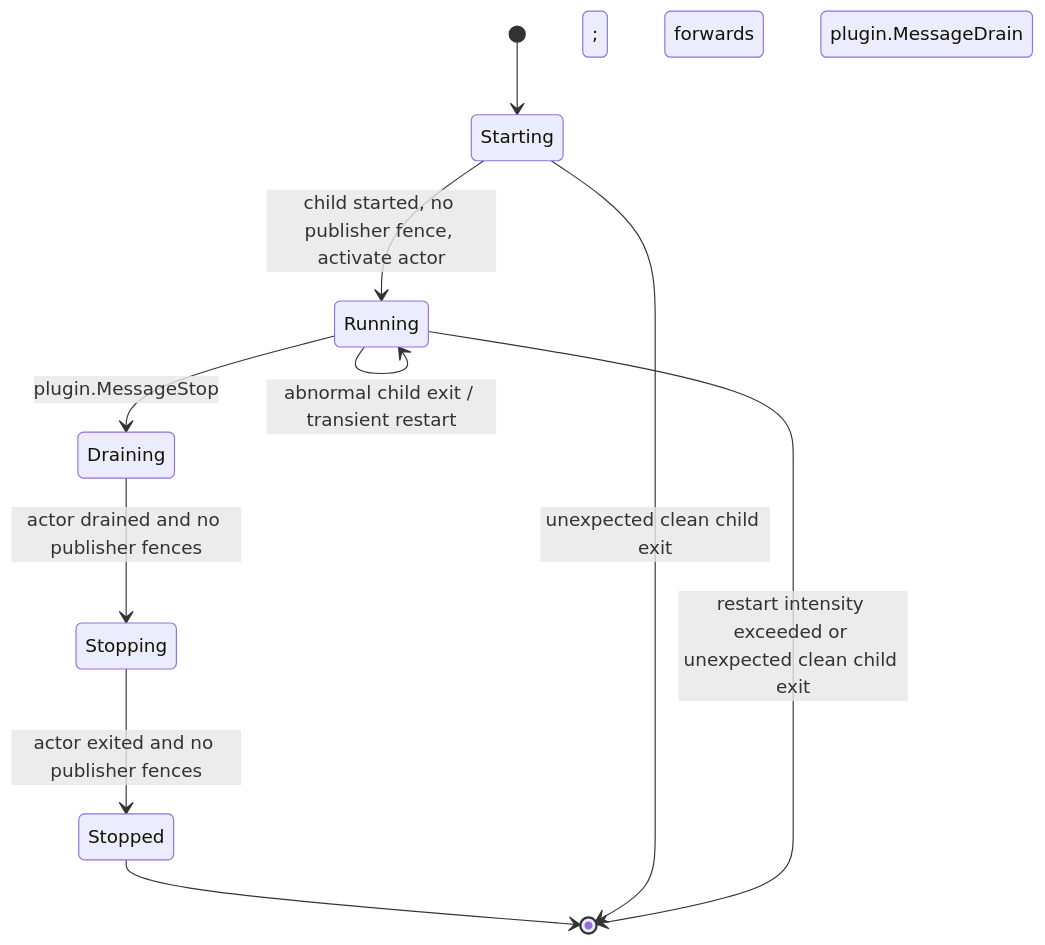
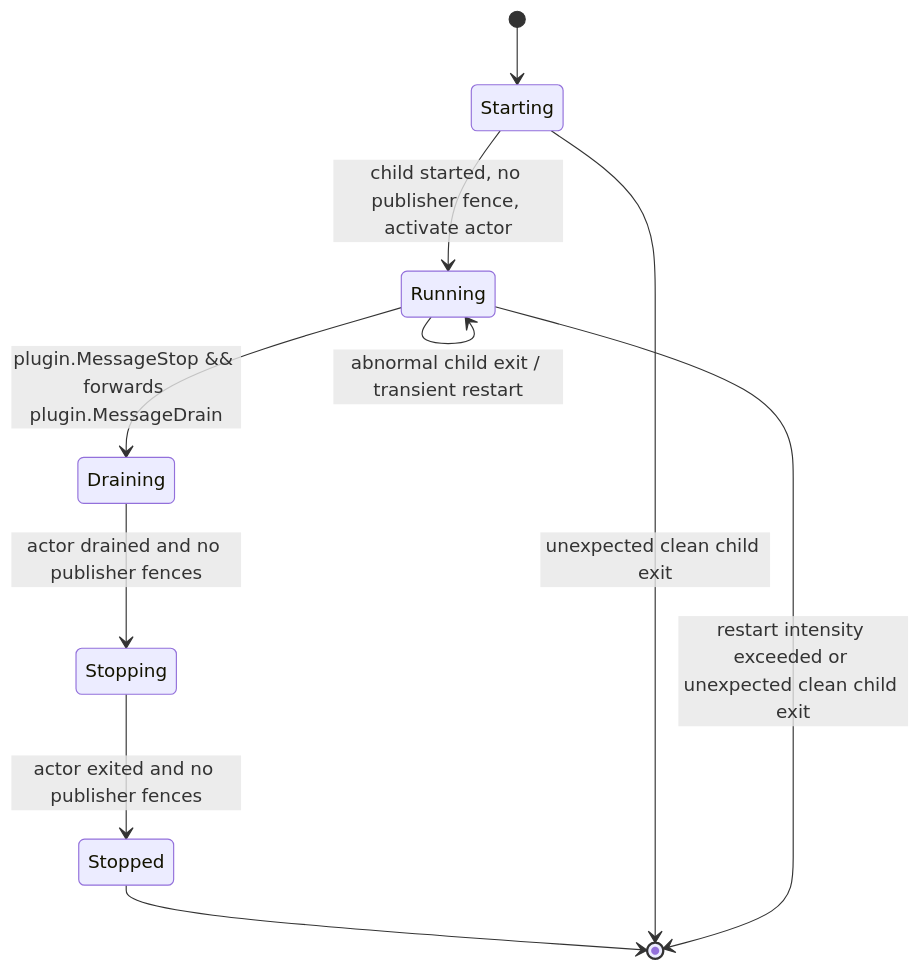
The third of 8 diagrams in docs/internals/controller-runtime.md (HarishHary/blink), drawn with Mermaid before and after one commit. The commit also changed other lines of this file, not shown here.

````diff
--- a/docs/internals/controller-runtime.md
+++ b/docs/internals/controller-runtime.md
@@ -109,12 +102,12 @@
 ```mermaid
 stateDiagram-v2
   [*] --> Starting
   Starting --> Running: child started, no publisher fence, activate actor
   Running --> Running: abnormal child exit / transient restart
-  Running --> Draining: plugin.MessageStop; forwards plugin.MessageDrain
+  Running --> Draining: plugin.MessageStop && forwards plugin.MessageDrain
   Draining --> Stopping: actor drained and no publisher fences
   Stopping --> Stopped: actor exited and no publisher fences
   Stopped --> [*]
   Starting --> [*]: unexpected clean child exit
   Running --> [*]: restart intensity exceeded or unexpected clean child exit
 ```
````
